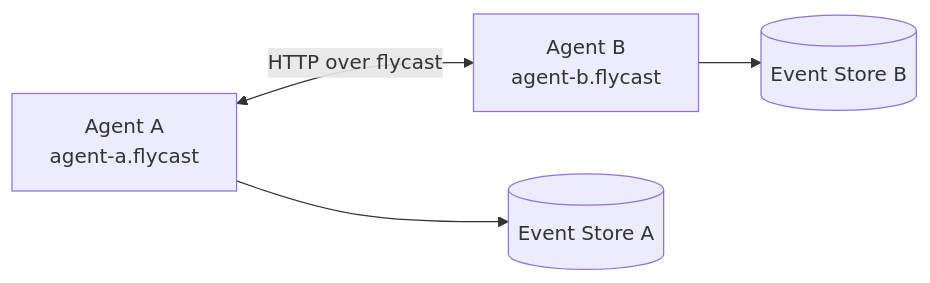
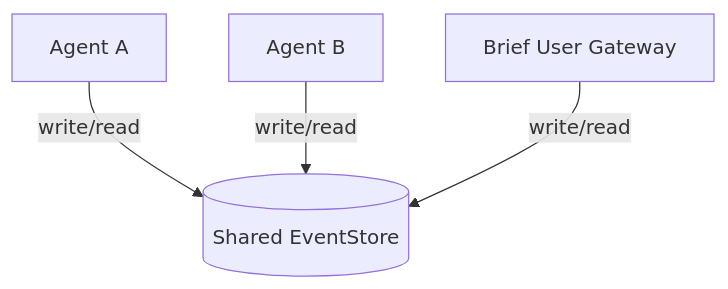
Before and after one commit to ToxicPine/bernays: the sixth of 7 diagrams in ARCHITECTURE.md, drawn with Mermaid. The commit also changed other lines of this file and 21 other files, not shown here.

First line of the commit message:
Replace HTTP briefings with centralized event log model

````diff
--- a/ARCHITECTURE.md
+++ b/ARCHITECTURE.md
@@ -1329,6 +1329,6 @@
 ```mermaid
-graph LR
-    A[Agent A<br/>agent-a.flycast] <-->|HTTP over flycast| B[Agent B<br/>agent-b.flycast]
-    A --> EA[(Event Store A)]
-    B --> EB[(Event Store B)]
+graph TB
+    A[Agent A] -->|write/read| ES[(Shared EventStore)]
+    B[Agent B] -->|write/read| ES
+    U[Brief User Gateway] -->|write/read| ES
 ```
````
